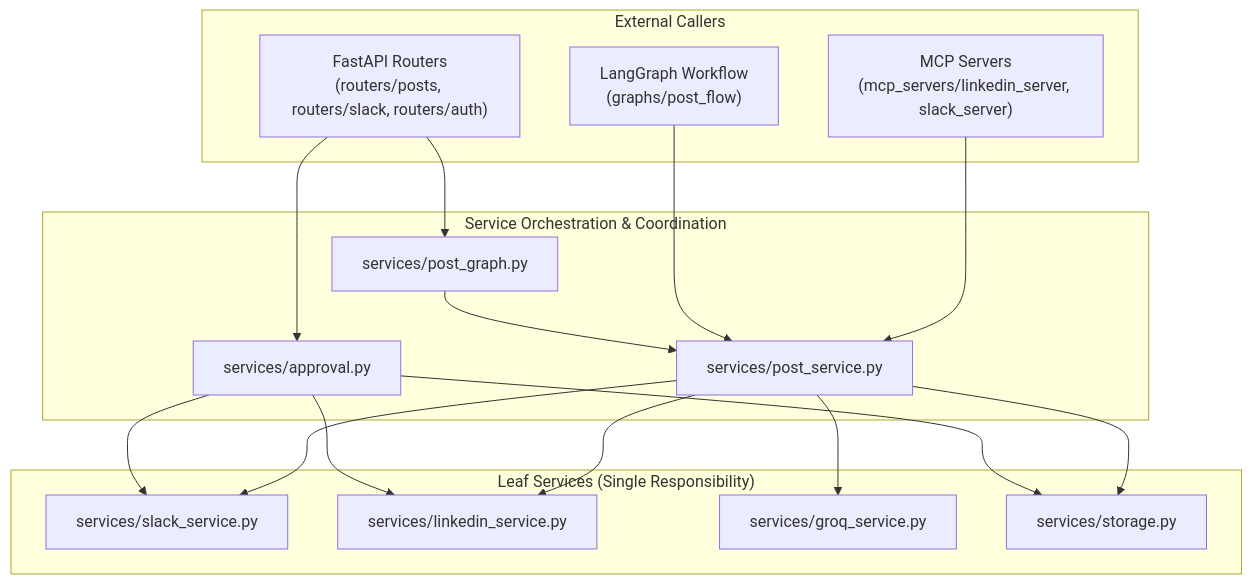
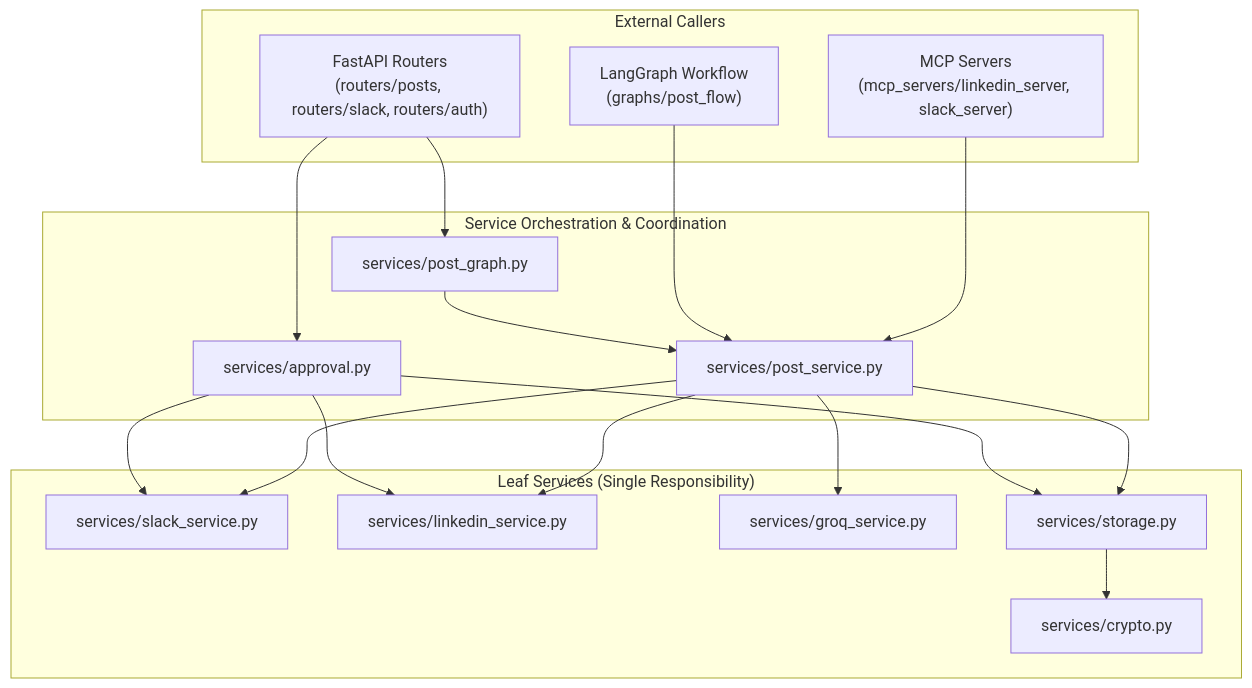
Before and after one commit to UzairAtiq/Post-Studio: the first of 2 diagrams in project/backend/docs/services.md, drawn with Mermaid. The commit also changed other lines of this file and 3 other files, not shown here.

Commit message:
docs(auth): update setup guide and architecture docs

````diff
--- a/project/backend/docs/services.md
+++ b/project/backend/docs/services.md
@@ -66,36 +73,39 @@
 ```mermaid
 flowchart TD
     subgraph Callers["External Callers"]
         Routers["FastAPI Routers\n(routers/posts, routers/slack, routers/auth)"]
         MCPServers["MCP Servers\n(mcp_servers/linkedin_server, slack_server)"]
         Graph["LangGraph Workflow\n(graphs/post_flow)"]
     end
 
     subgraph ServiceCoordination["Service Orchestration & Coordination"]
         PostGraph["services/post_graph.py"]
         PostSvc["services/post_service.py"]
         ApprovalSvc["services/approval.py"]
     end
 
     subgraph LeafServices["Leaf Services (Single Responsibility)"]
         SlackSvc["services/slack_service.py"]
         LISvc["services/linkedin_service.py"]
         GroqSvc["services/groq_service.py"]
         StorageSvc["services/storage.py"]
+        CryptoSvc["services/crypto.py"]
     end
 
     Routers --> PostGraph
     Routers --> ApprovalSvc
     MCPServers --> PostSvc
     Graph --> PostSvc
 
     PostGraph --> PostSvc
     PostSvc --> GroqSvc
     PostSvc --> StorageSvc
     PostSvc --> SlackSvc
     PostSvc --> LISvc
 
     ApprovalSvc --> SlackSvc
     ApprovalSvc --> LISvc
     ApprovalSvc --> StorageSvc
+
+    StorageSvc --> CryptoSvc
 ```
````
